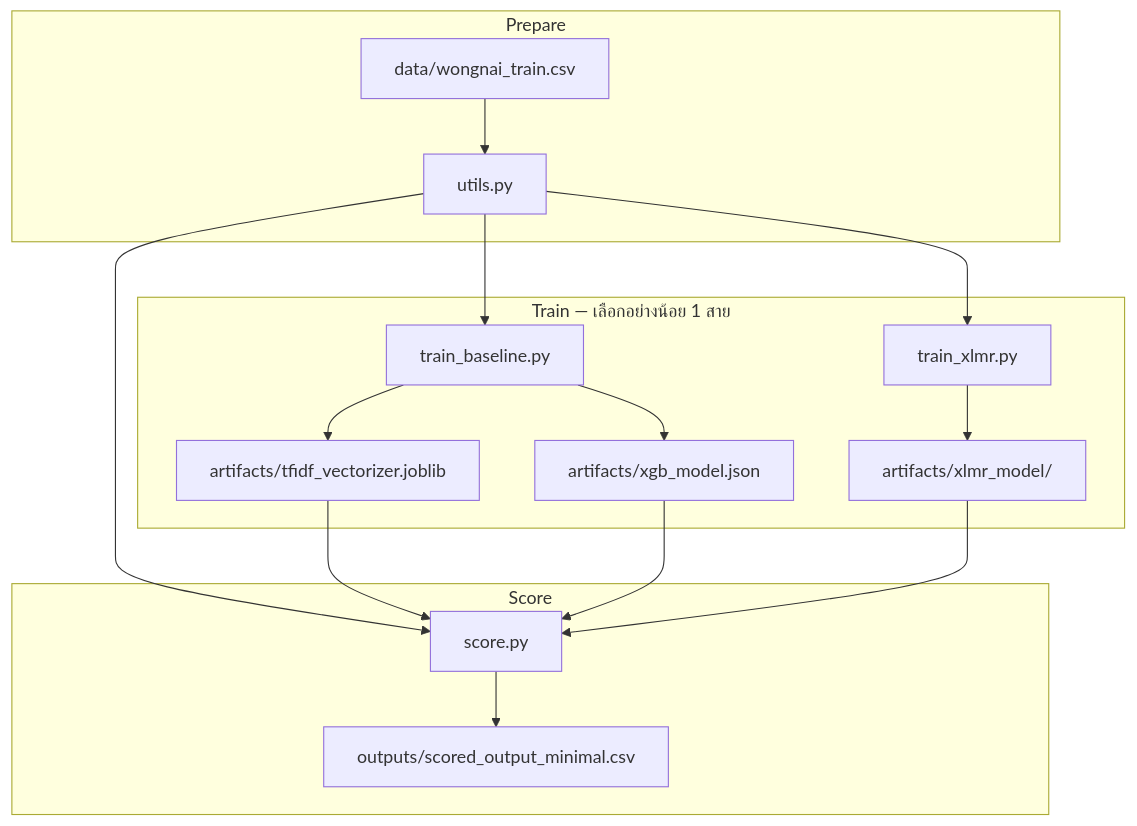
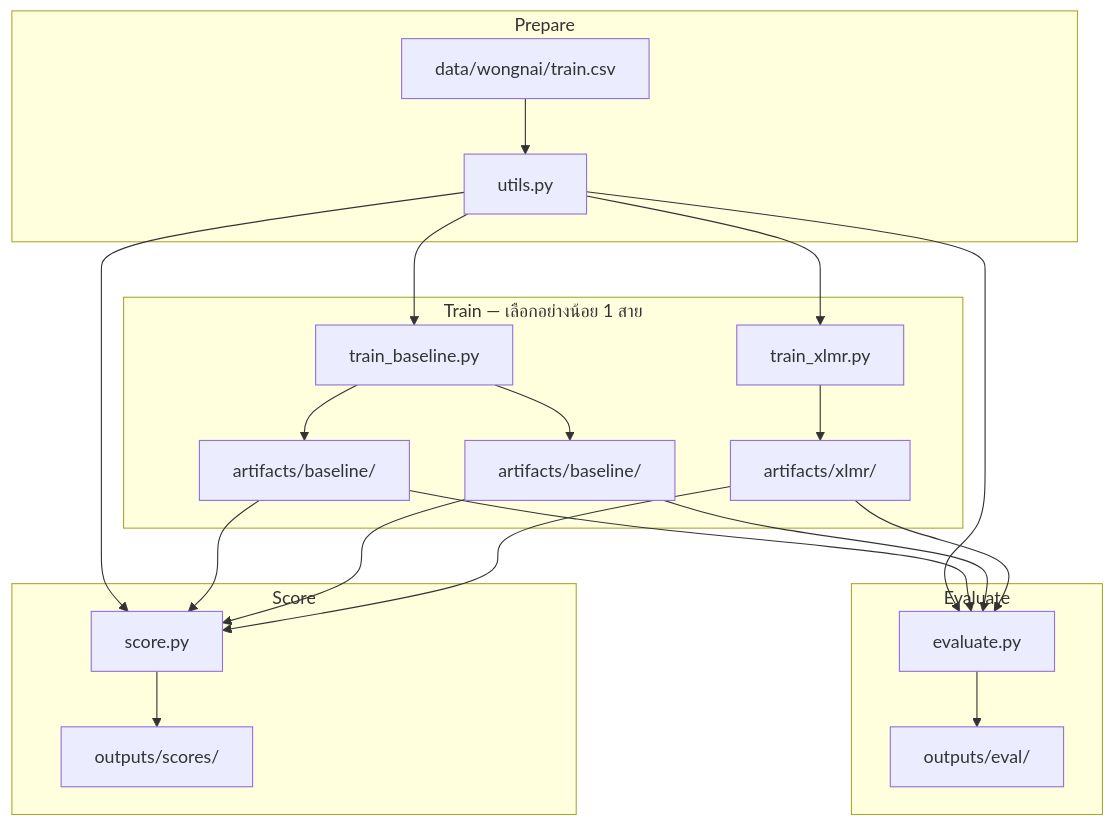
Before and after one commit to codedbypu/foods-review-classification: the diagram in README2.md, drawn with Mermaid. The commit also changed other lines of this file and 16 other files, not shown here.

````diff
--- a/README2.md
+++ b/README2.md
@@ -83,27 +96,36 @@
 ```mermaid
 flowchart TB
   subgraph prepare [Prepare]
-    CSV[data/wongnai_train.csv]
+    CSV[data/wongnai/train.csv]
     U[utils.py]
     CSV --> U
   end
 
   subgraph train [Train — เลือกอย่างน้อย 1 สาย]
     TB[train_baseline.py]
     TX[train_xlmr.py]
     U --> TB
     U --> TX
-    TB --> A1[artifacts/tfidf_vectorizer.joblib]
-    TB --> A2[artifacts/xgb_model.json]
-    TX --> A3[artifacts/xlmr_model/]
+    TB --> A1[artifacts/baseline/]
+    TB --> A2[artifacts/baseline/]
+    TX --> A3[artifacts/xlmr/]
+  end
+
+  subgraph eval [Evaluate]
+    EV[evaluate.py]
+    U --> EV
+    A1 --> EV
+    A2 --> EV
+    A3 --> EV
+    EV --> EOUT[outputs/eval/]
   end
 
   subgraph infer [Score]
     SC[score.py]
     U --> SC
     A1 --> SC
     A2 --> SC
     A3 --> SC
-    SC --> OUT[outputs/scored_output_minimal.csv]
+    SC --> OUT[outputs/scores/]
   end
 ```
````
